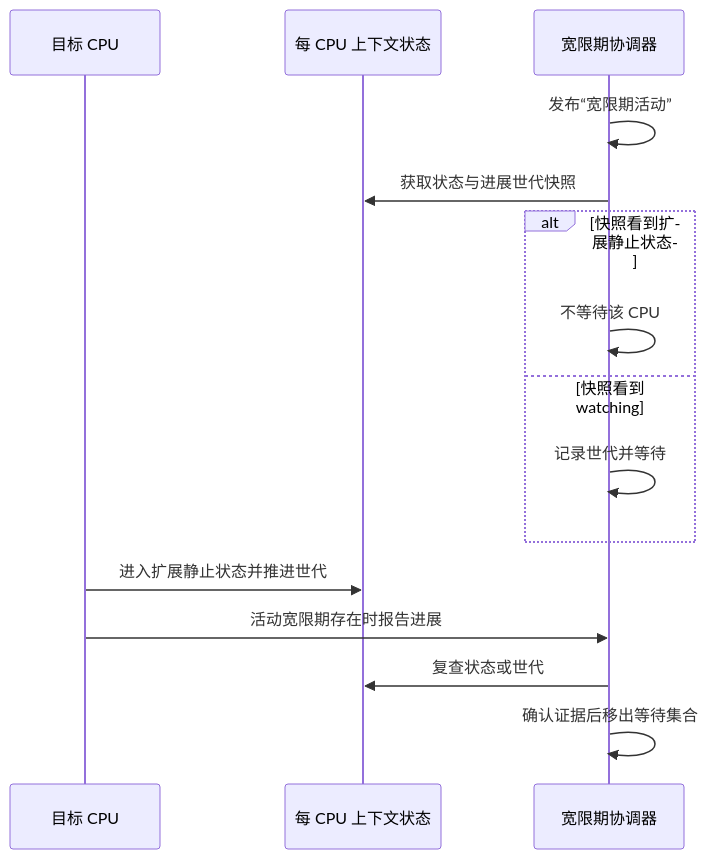
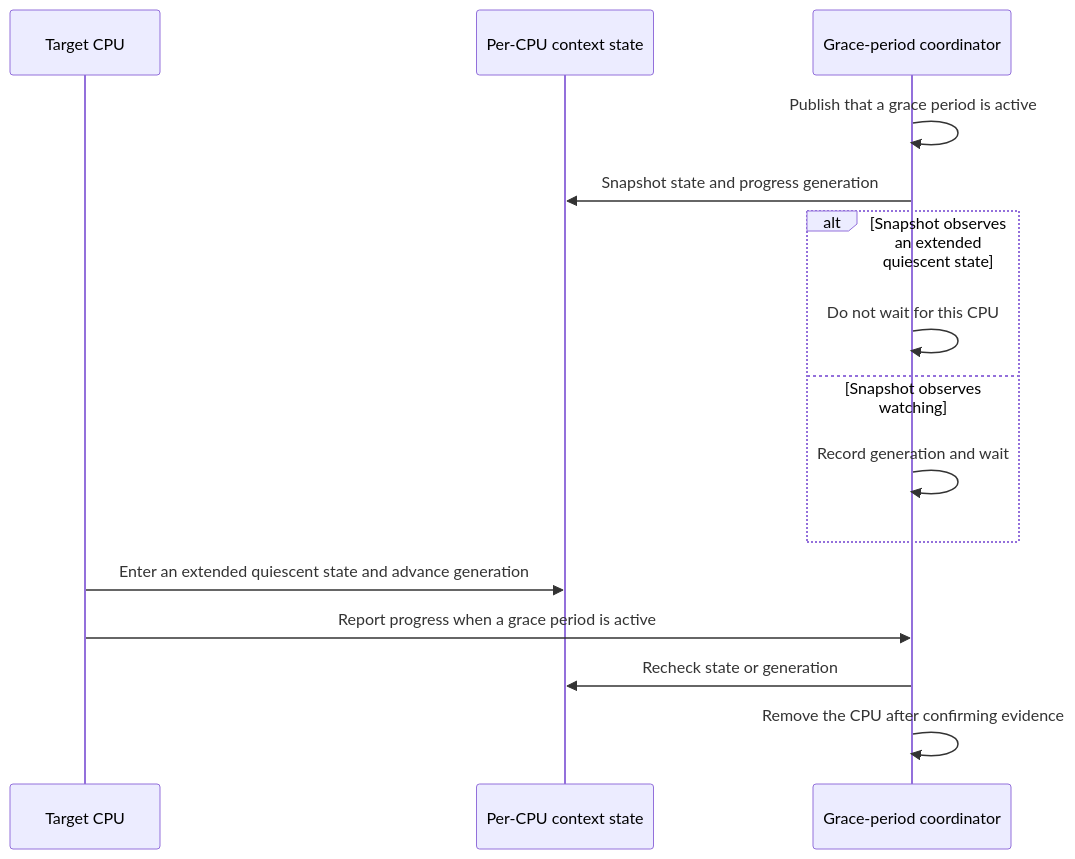
The fifth of 6 diagrams in docs/kernel/rcu/architecture.md (DragonOS-Community/DragonOS), drawn with Mermaid before and after one commit. The commit also changed other lines of this file and 2058 other files, not shown here.

````diff
--- a/docs/kernel/rcu/architecture.md
+++ b/docs/kernel/rcu/architecture.md
@@ -139,18 +139,18 @@
 ```mermaid
 sequenceDiagram
-    participant CPU as 目标 CPU
-    participant CT as 每 CPU 上下文状态
-    participant GP as 宽限期协调器
+    participant CPU as Target CPU
+    participant CT as Per-CPU context state
+    participant GP as Grace-period coordinator
 
-    GP->>GP: 发布“宽限期活动”
-    GP->>CT: 获取状态与进展世代快照
-    alt 快照看到扩展静止状态
-        GP->>GP: 不等待该 CPU
-    else 快照看到 watching
-        GP->>GP: 记录世代并等待
+    GP->>GP: Publish that a grace period is active
+    GP->>CT: Snapshot state and progress generation
+    alt Snapshot observes an extended quiescent state
+        GP->>GP: Do not wait for this CPU
+    else Snapshot observes watching
+        GP->>GP: Record generation and wait
     end
-    CPU->>CT: 进入扩展静止状态并推进世代
-    CPU->>GP: 活动宽限期存在时报告进展
-    GP->>CT: 复查状态或世代
-    GP->>GP: 确认证据后移出等待集合
+    CPU->>CT: Enter an extended quiescent state and advance generation
+    CPU->>GP: Report progress when a grace period is active
+    GP->>CT: Recheck state or generation
+    GP->>GP: Remove the CPU after confirming evidence
 ```
````
